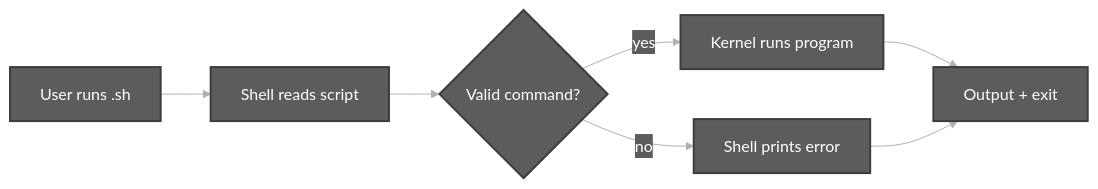
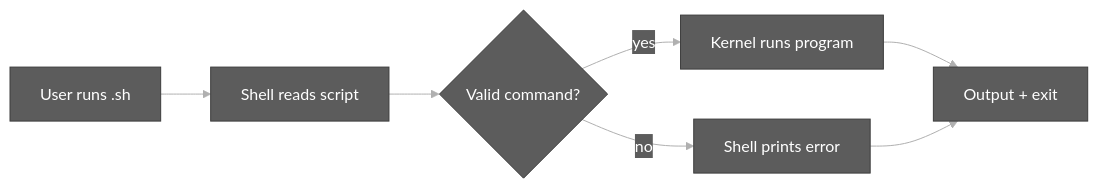
One commit to chaitussm/Linux-Basics changed the second of 2 diagrams in scripts-execution-summary/components-of-unix.md. Above: the diagram before and after it, drawn with Mermaid. The commit also changed other lines of this file and 10 other files, not shown here.

````diff
--- a/scripts-execution-summary/components-of-unix.md
+++ b/scripts-execution-summary/components-of-unix.md
@@ -16,13 +16,10 @@
 ```mermaid
 %%{init: {'theme': 'base', 'themeVariables': {'primaryColor': '#5c5c5c', 'primaryTextColor': '#ffffff', 'primaryBorderColor': '#3d3d3d', 'lineColor': '#b0b0b0'}}}%%
 flowchart LR
     U[User runs .sh] --> S[Shell reads script]
     S --> V{Valid command?}
     V -->|yes| K[Kernel runs program]
     V -->|no| E[Shell prints error]
     K --> P[Output + exit]
     E --> P
-
-    classDef darkGrey fill:#5c5c5c,stroke:#3d3d3d,color:#ffffff,stroke-width:2px
-    class U,S,V,K,E,P darkGrey
 ```
````
